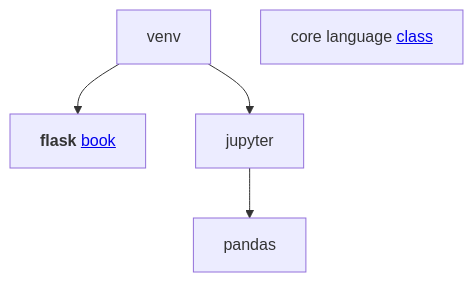
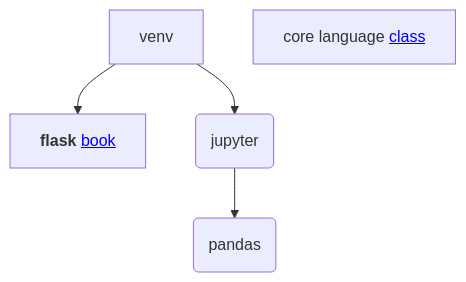
The diagram in docs/programming/python/README.md (SGo-Go/learning), drawn with Mermaid before and after one commit. The commit also changed other lines of this file, not shown here.

````diff
--- a/docs/programming/python/README.md
+++ b/docs/programming/python/README.md
@@ -5,8 +7,8 @@
 ```mermaid
 flowchart TD
-    A0[venv] --> B0
-    A0 --> A1
-    A1[jupyter] --> C[pandas]
-    B0[<b>flask</b> <u><a href="https://coddyschool.com/upload/Flask_Web_Development_Developing.pdf">book</a></u>]
-    B1[core language <u><a href="https://compscicenter.ru/courses/python/2018-autumn/classes/">class</a></u>]
+
+A0[venv] --> B0[<b>flask</b> <u><a href="https://coddyschool.com/upload/Flask_Web_Development_Developing.pdf">book</a></u>]
+A0 --> A1(jupyter)
+A1 --> C(pandas)
+B1[core language <u><a href="https://compscicenter.ru/courses/python/2018-autumn/classes/">class</a></u>]
 ```
````
